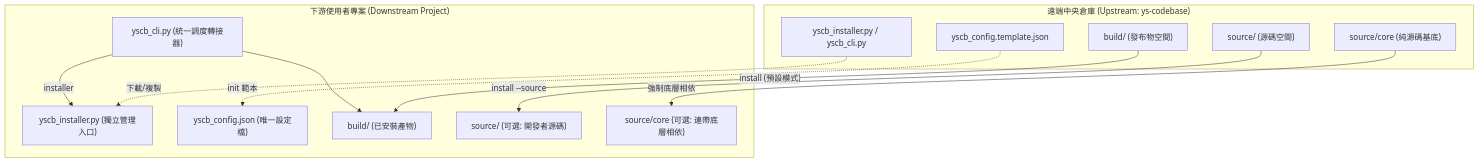
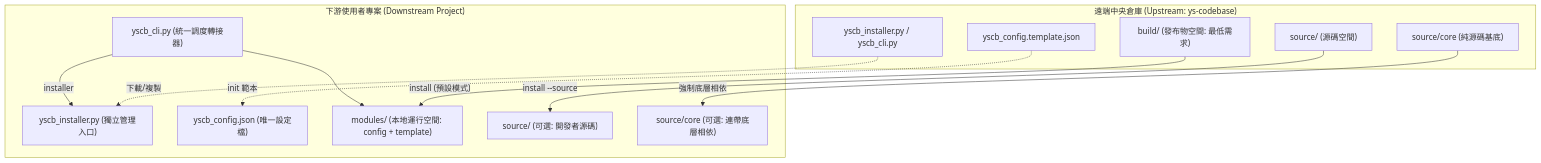
The first of 2 diagrams in docs/_global/ARCHITECTURE.md (ysnaive/ys-codebase), drawn with Mermaid before and after one commit. The commit also changed other lines of this file and 7 other files, not shown here.

Commit message:
refactor(installer): 引進 modules/ 本地運行空間，建立 source/build/modules 三層分流

````diff
--- a/docs/_global/ARCHITECTURE.md
+++ b/docs/_global/ARCHITECTURE.md
@@ -40,27 +40,27 @@
 ```mermaid
 graph TD
     subgraph Upstream["遠端中央倉庫 (Upstream: ys-codebase)"]
         UC["source/core (純源碼基底)"]
         US["source/<module> (源碼空間)"]
-        UB["build/<module> (發布物空間)"]
+        UB["build/<module> (發布物空間: 最低需求)"]
         UI["yscb_installer.py / yscb_cli.py"]
         UT["yscb_config.template.json"]
     end
 
     subgraph Downstream["下游使用者專案 (Downstream Project)"]
         Router["yscb_cli.py (統一調度轉接器)"]
         DI["yscb_installer.py (獨立管理入口)"]
         DC["yscb_config.json (唯一設定檔)"]
-        DB["build/<module> (已安裝產物)"]
+        DM["modules/<module> (本地運行空間: config + template)"]
         DS["source/<module> (可選: 開發者源碼)"]
         DSC["source/core (可選: 連帶底層相依)"]
     end
 
     Router -->|"installer <args>"| DI
-    Router -->|"<module> <args>"| DB
+    Router -->|"<module> <args>"| DM
     UI -.->|"下載/複製"| DI
     UT -.->|"init 範本"| DC
-    UB -->|"install (預設模式)"| DB
+    UB -->|"install (預設模式)"| DM
     US -->|"install --source"| DS
     UC -->|"強制底層相依"| DSC
 ```
````
